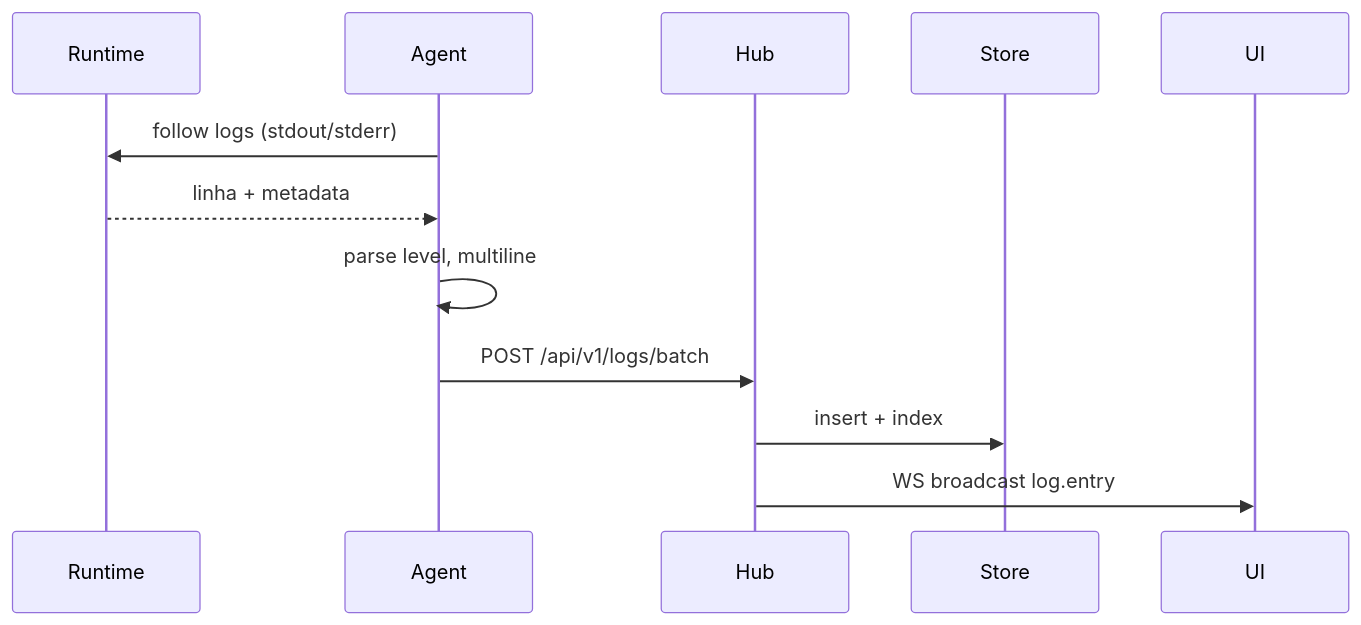
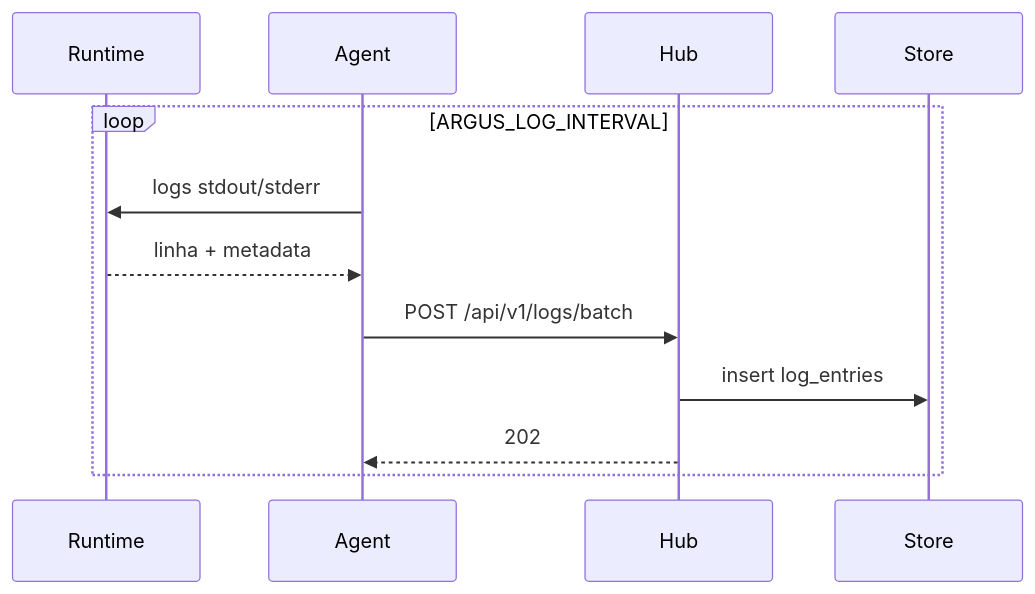
Before and after one commit to HarryRaddatz/argus-observability: the first of 3 diagrams in docs/flows/log-streaming.md, drawn with Mermaid. The commit also changed other lines of this file and 9 other files, not shown here.

First line of the commit message:
docs: alinha a referência da API com os handlers do hub

````diff
--- a/docs/flows/log-streaming.md
+++ b/docs/flows/log-streaming.md
@@ -7,15 +7,15 @@
 ```mermaid
 sequenceDiagram
   participant Runtime
   participant Agent
   participant Hub
   participant Store
-  participant UI
 
-  Agent->>Runtime: follow logs (stdout/stderr)
-  Runtime-->>Agent: linha + metadata
-  Agent->>Agent: parse level, multiline
-  Agent->>Hub: POST /api/v1/logs/batch
-  Hub->>Store: insert + index
-  Hub->>UI: WS broadcast log.entry
+  loop ARGUS_LOG_INTERVAL
+    Agent->>Runtime: logs stdout/stderr
+    Runtime-->>Agent: linha + metadata
+    Agent->>Hub: POST /api/v1/logs/batch
+    Hub->>Store: insert log_entries
+    Hub-->>Agent: 202
+  end
 ```
````
